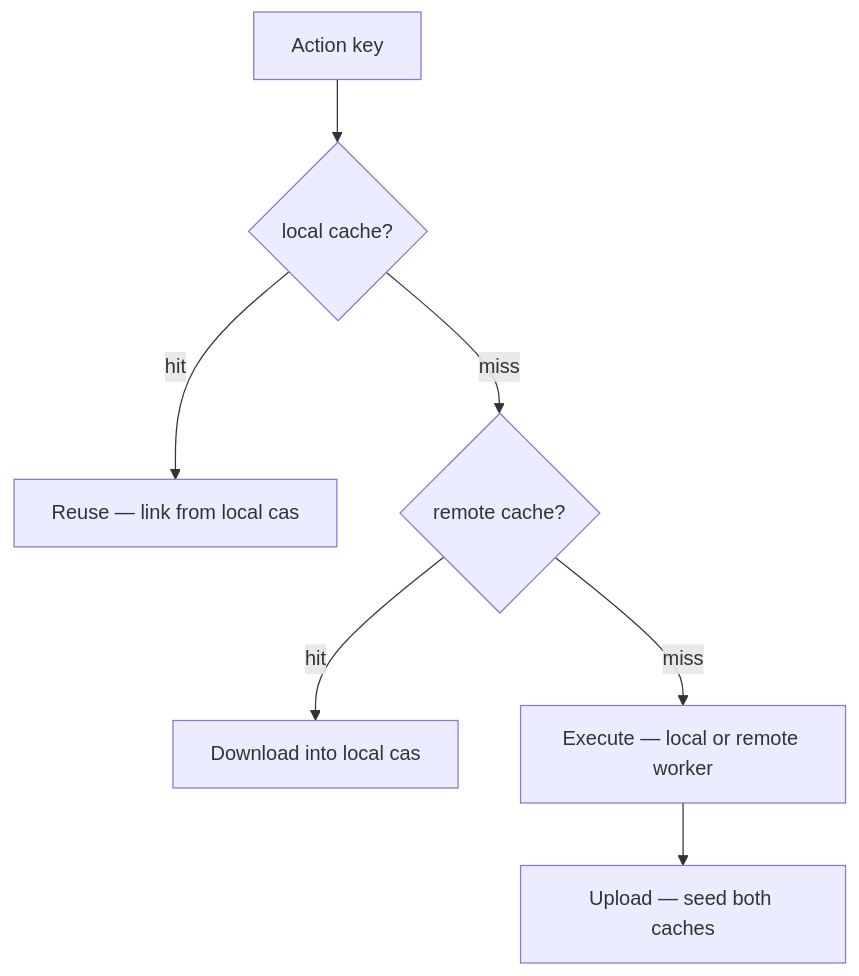
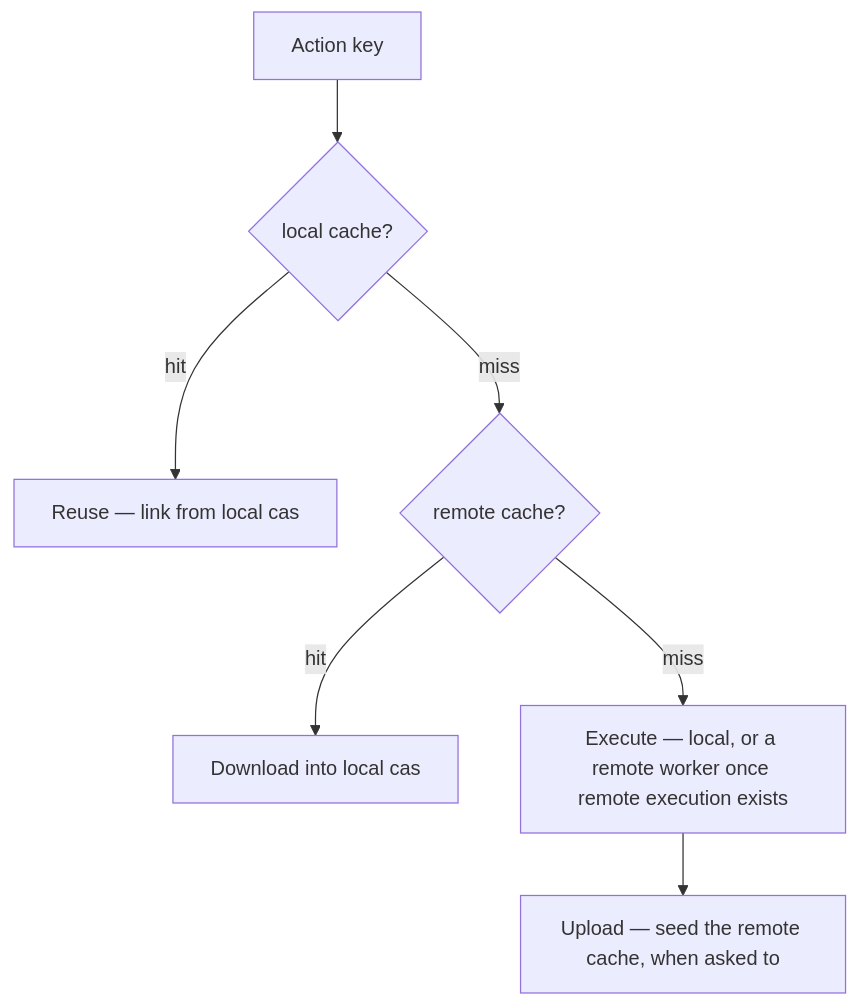
Before and after one commit to airsstack/buildl: diagram 12 of 14 in docs/design.md, drawn with Mermaid. The commit also changed other lines of this file and 134 other files, not shown here.

First line of the commit message:
feat(repo): remote cache via REAPI (#17)

````diff
--- a/docs/design.md
+++ b/docs/design.md
@@ -765,10 +799,10 @@
 ```mermaid
 %% Cache lookup ladder
 flowchart TD
     KEY["Action key"] --> LC{"local cache?"}
     LC -- hit --> REUSE["Reuse — link from local cas"]
     LC -- miss --> RC{"remote cache?"}
     RC -- hit --> DL["Download into local cas"]
-    RC -- miss --> EX["Execute — local or remote worker"]
-    EX --> UP["Upload — seed both caches"]
+    RC -- miss --> EX["Execute — local, or a remote worker once remote execution exists"]
+    EX --> UP["Upload — seed the remote cache, when asked to"]
 ```
````
